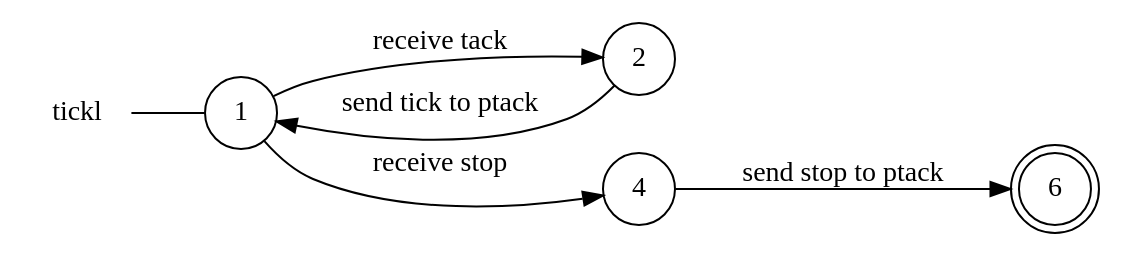
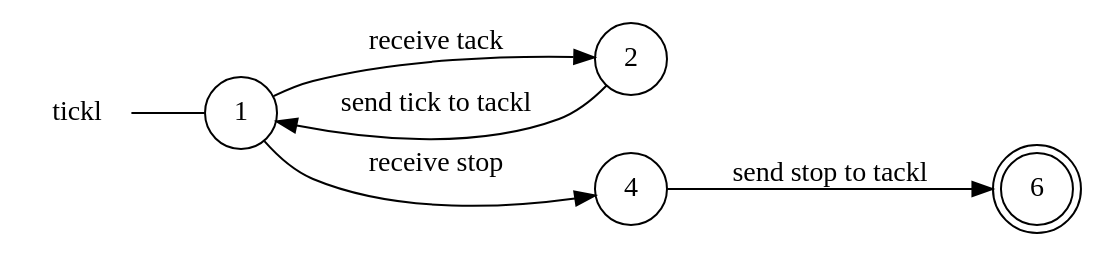
One commit to gabrielegenovese/chorer changed the diagram in out/tickl_local_view.dot. Above: the diagram before and after it, drawn with Graphviz. The commit also changed 11 other files, not shown here.

```diff
--- a/out/tickl_local_view.dot
+++ b/out/tickl_local_view.dot
@@ -1,14 +1,14 @@
 digraph tickl {
 	rankdir="LR";
 	n_0 [label="tickl", shape="plaintext"];
 	n_1 [id="6", shape=doublecircle, label="6"];
 	n_2 [id="1", shape=circle, label="1"];
 	n_0 -> n_2 [arrowhead=none];
 	n_3 [id="2", shape=circle, label="2"];
 	n_4 [id="4", shape=circle, label="4"];
 
 	n_2 -> n_3 [id="[$e|0]", label="receive tack"];
 	n_2 -> n_4 [id="[$e|3]", label="receive stop"];
-	n_3 -> n_2 [id="[$e|7]", label="send tick to ptack"];
-	n_4 -> n_1 [id="[$e|6]", label="send stop to ptack"];
+	n_3 -> n_2 [id="[$e|7]", label="send tick to tackl"];
+	n_4 -> n_1 [id="[$e|6]", label="send stop to tackl"];
 }
```
